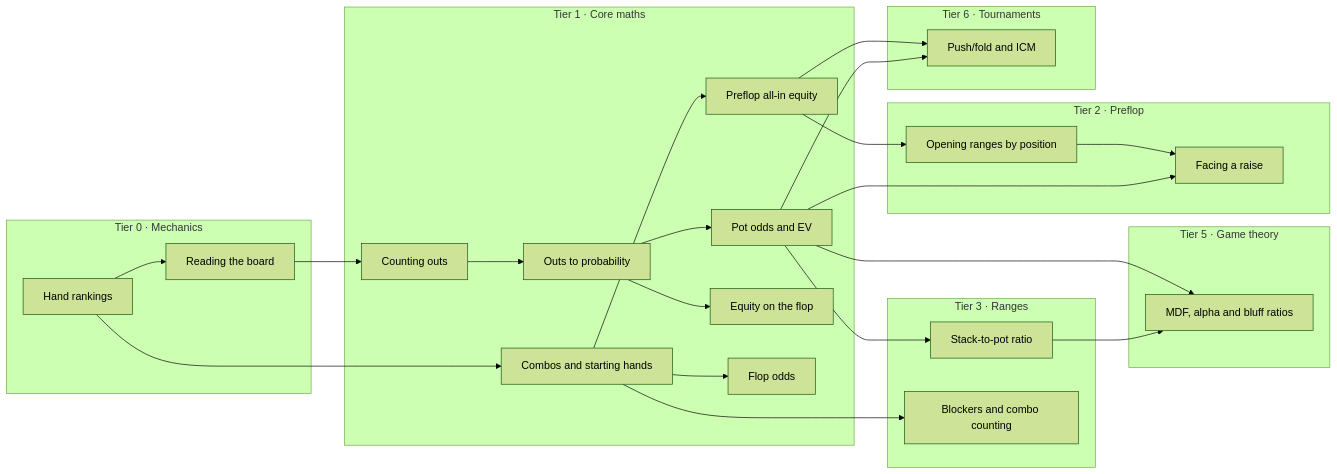
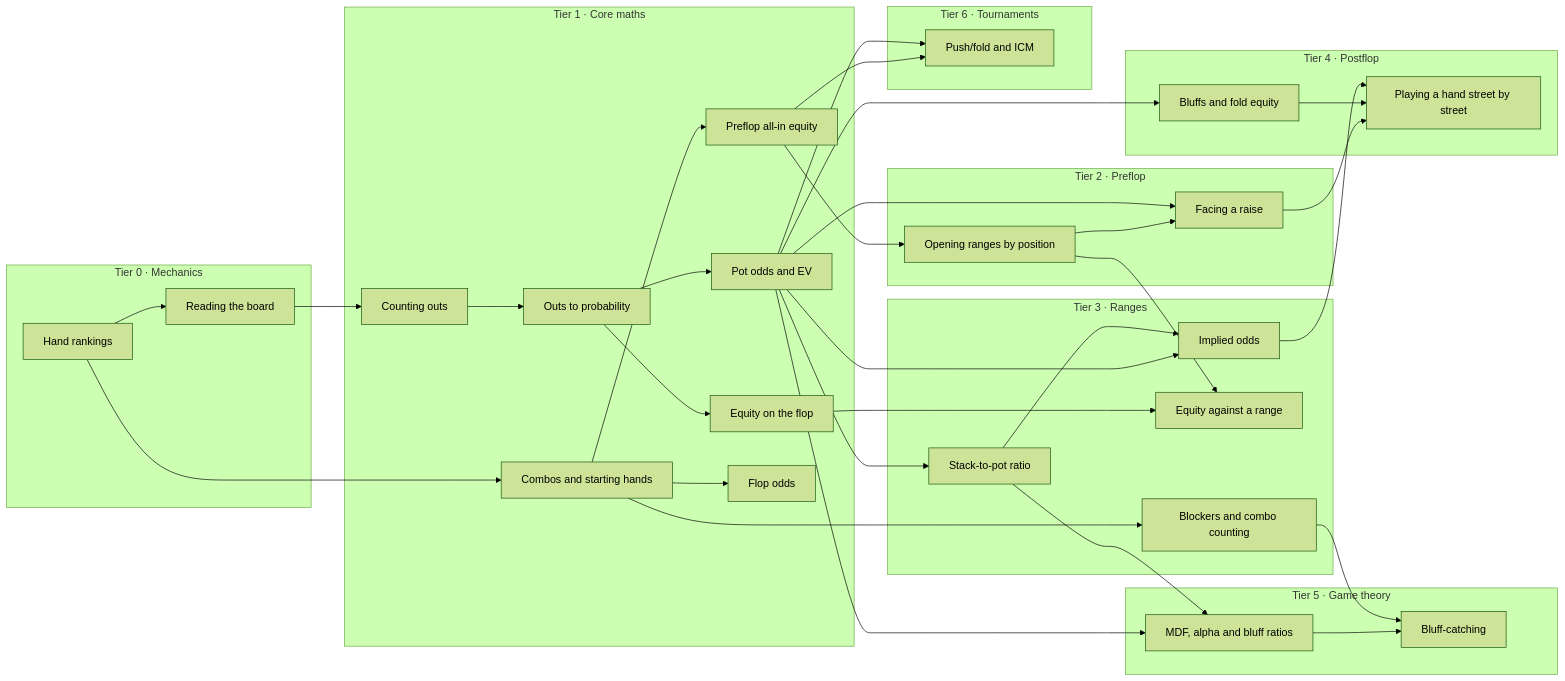
The second of 3 diagrams in README.md (kligvasser/winning-texas-holdem), drawn with Mermaid (forest theme) before and after one commit. The commit also changed other lines of this file and 25 other files, not shown here.

First line of the commit message:
Extend the training inventory: ranges, fold equity, tournaments, hand stories

````diff
--- a/README.md
+++ b/README.md
@@ -160,47 +177,64 @@
 ```mermaid
 flowchart LR
   subgraph T0["Tier 0 · Mechanics"]
     hand_rankings["Hand rankings"]
     board_reading["Reading the board"]
   end
   subgraph T1["Tier 1 · Core maths"]
     combinatorics["Combos and starting hands"]
     outs["Counting outs"]
     outs_to_odds["Outs to probability"]
     pot_odds["Pot odds and EV"]
     preflop_equity["Preflop all-in equity"]
     postflop_equity["Equity on the flop"]
     flop_odds["Flop odds"]
   end
   subgraph T2["Tier 2 · Preflop"]
     preflop_ranges["Opening ranges by position"]
     facing_a_raise["Facing a raise"]
   end
   subgraph T3["Tier 3 · Ranges"]
     spr["Stack-to-pot ratio"]
     blockers["Blockers and combo counting"]
+    range_equity["Equity against a range"]
+    implied_odds["Implied odds"]
+  end
+  subgraph T4["Tier 4 · Postflop"]
+    fold_equity["Bluffs and fold equity"]
+    street_by_street["Playing a hand street by street"]
   end
   subgraph T5["Tier 5 · Game theory"]
+    bluff_catching["Bluff-catching"]
     mdf["MDF, alpha and bluff ratios"]
   end
   subgraph T6["Tier 6 · Tournaments"]
     icm["Push/fold and ICM"]
   end
   hand_rankings --> board_reading
   hand_rankings --> combinatorics
   board_reading --> outs
   outs --> outs_to_odds
   outs_to_odds --> pot_odds
   combinatorics --> preflop_equity
   outs_to_odds --> postflop_equity
   combinatorics --> flop_odds
   preflop_equity --> preflop_ranges
   preflop_ranges --> facing_a_raise
   pot_odds --> facing_a_raise
   pot_odds --> spr
   combinatorics --> blockers
+  postflop_equity --> range_equity
+  preflop_ranges --> range_equity
+  pot_odds --> implied_odds
+  spr --> implied_odds
+  pot_odds --> fold_equity
+  facing_a_raise --> street_by_street
+  fold_equity --> street_by_street
+  implied_odds --> street_by_street
+  mdf --> bluff_catching
+  blockers --> bluff_catching
   pot_odds --> mdf
   spr --> mdf
   preflop_equity --> icm
   pot_odds --> icm
 ```
````
